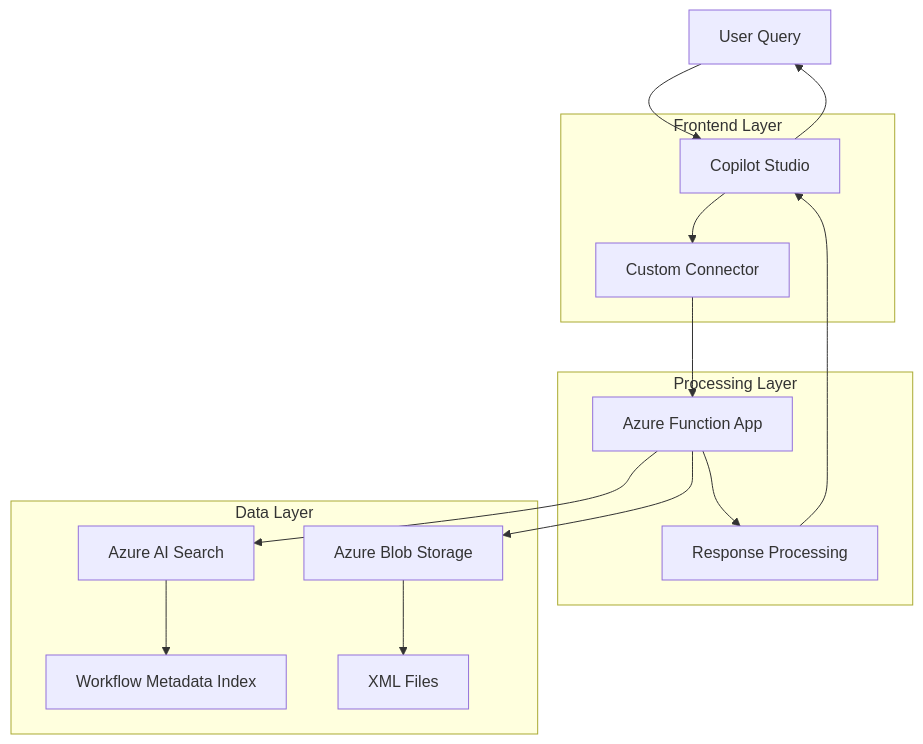
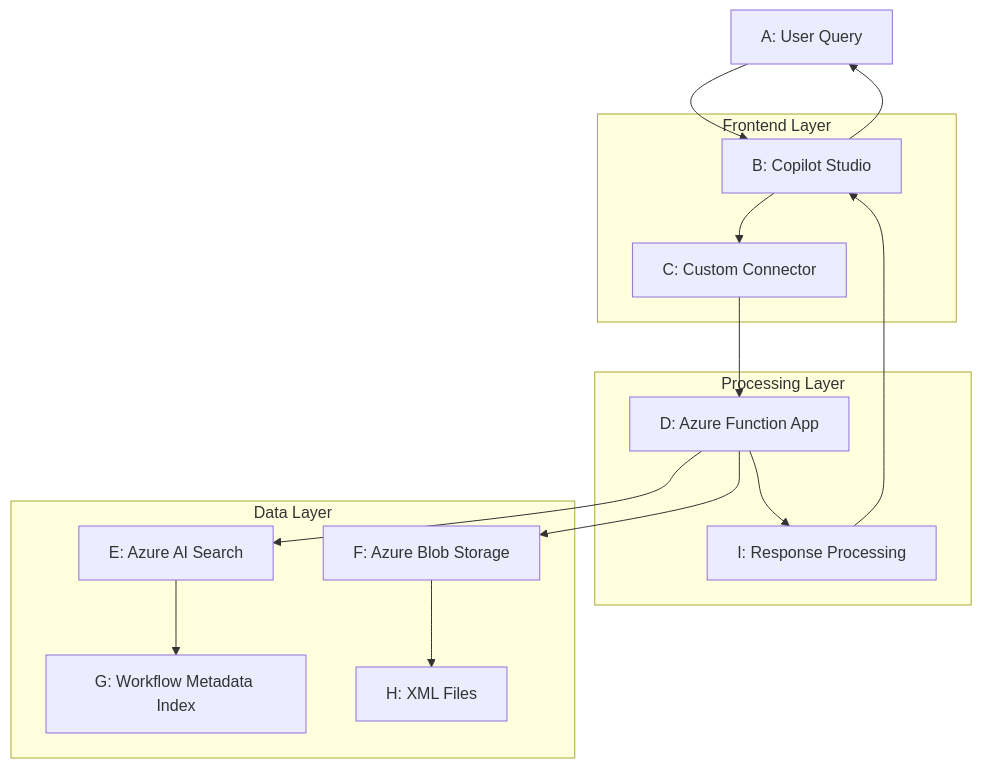
Before and after one commit to ramcgobburu/askIT-informatica: the second of 5 diagrams in INFORMATICA_AGENT_TECH_BLOG.md, drawn with Mermaid. The commit also changed 1 other file, not shown here.

Commit message:
Fix Mermaid diagrams to display alphabet labels (A, B, C, etc.)
- Updated flowchart nodes to show 'A: User Query', 'B: Copilot Studio', etc.
- Alphabet labels now visible in both architecture.md and tech blog
- Improved diagram readability with clear step identification

````diff
--- a/INFORMATICA_AGENT_TECH_BLOG.md
+++ b/INFORMATICA_AGENT_TECH_BLOG.md
@@ -106,30 +106,30 @@
 ```mermaid
 graph TB
-    A[User Query] --> B[Copilot Studio]
-    B --> C[Custom Connector]
-    C --> D[Azure Function App]
-    D --> E[Azure AI Search]
-    D --> F[Azure Blob Storage]
-    E --> G[Workflow Metadata Index]
-    F --> H[XML Files]
-    D --> I[Response Processing]
+    A["A: User Query"] --> B["B: Copilot Studio"]
+    B --> C["C: Custom Connector"]
+    C --> D["D: Azure Function App"]
+    D --> E["E: Azure AI Search"]
+    D --> F["F: Azure Blob Storage"]
+    E --> G["G: Workflow Metadata Index"]
+    F --> H["H: XML Files"]
+    D --> I["I: Response Processing"]
     I --> B
     B --> A
     
     subgraph "Frontend Layer"
         B
         C
     end
     
     subgraph "Processing Layer"
         D
         I
     end
     
     subgraph "Data Layer"
         E
         F
         G
         H
     end
 ```
````
